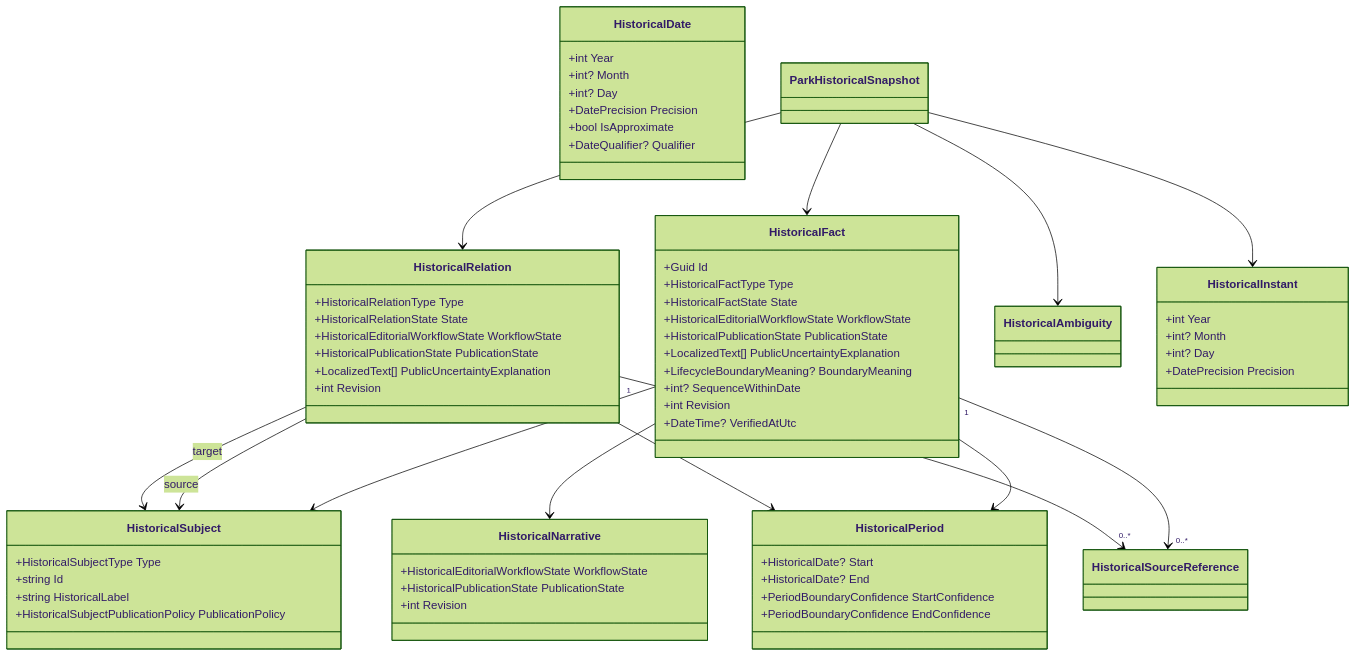
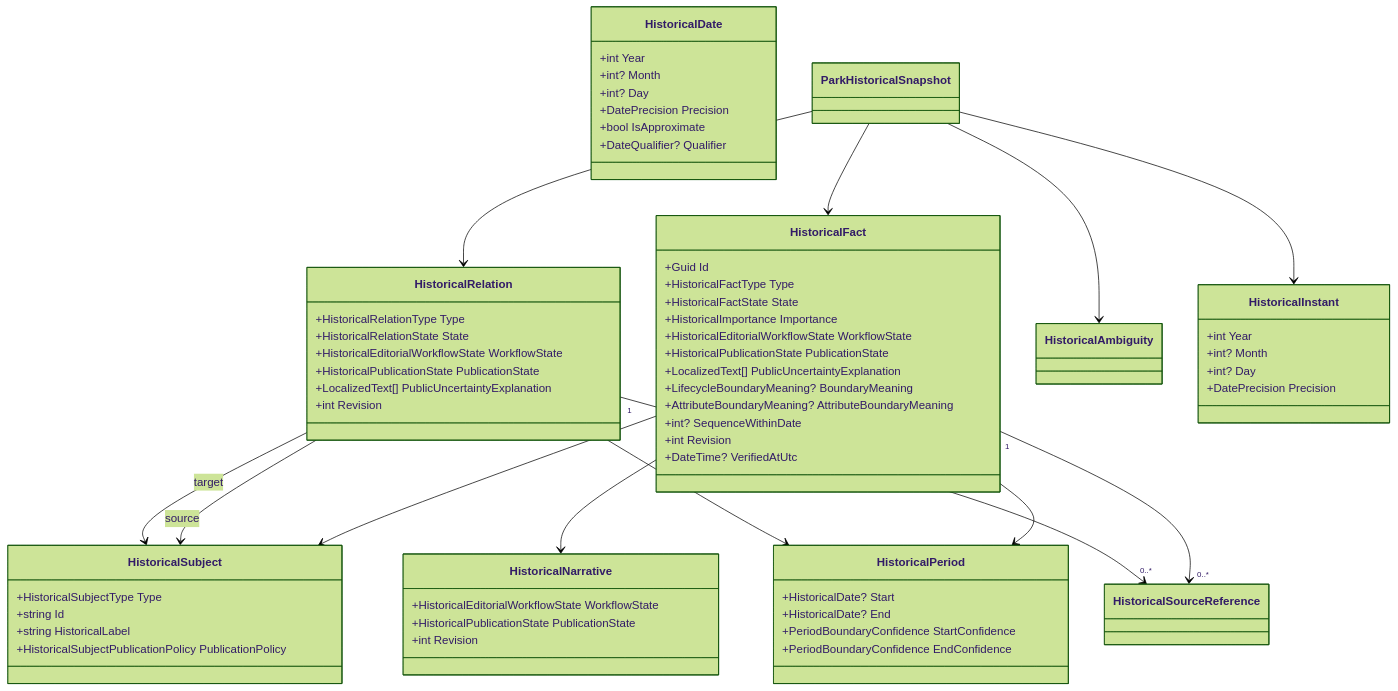
The second of 3 diagrams in docs/architecture/product-growth-hist-01-temporal-semantics-2026-09-25.md (Ced59/AmusementParkProject), drawn with Mermaid (forest theme) before and after one commit. The commit also changed other lines of this file, not shown here.

Commit message:
docs(history): preserve temporal identity and importance

````diff
--- a/docs/architecture/product-growth-hist-01-temporal-semantics-2026-09-25.md
+++ b/docs/architecture/product-growth-hist-01-temporal-semantics-2026-09-25.md
@@ -533,70 +576,72 @@
 ```mermaid
 classDiagram
     class HistoricalDate {
       +int Year
       +int? Month
       +int? Day
       +DatePrecision Precision
       +bool IsApproximate
       +DateQualifier? Qualifier
     }
     class HistoricalPeriod {
       +HistoricalDate? Start
       +HistoricalDate? End
       +PeriodBoundaryConfidence StartConfidence
       +PeriodBoundaryConfidence EndConfidence
     }
     class HistoricalSubject {
       +HistoricalSubjectType Type
       +string Id
       +string HistoricalLabel
       +HistoricalSubjectPublicationPolicy PublicationPolicy
     }
     class HistoricalFact {
       +Guid Id
       +HistoricalFactType Type
       +HistoricalFactState State
+      +HistoricalImportance Importance
       +HistoricalEditorialWorkflowState WorkflowState
       +HistoricalPublicationState PublicationState
       +LocalizedText[] PublicUncertaintyExplanation
       +LifecycleBoundaryMeaning? BoundaryMeaning
+      +AttributeBoundaryMeaning? AttributeBoundaryMeaning
       +int? SequenceWithinDate
       +int Revision
       +DateTime? VerifiedAtUtc
     }
     class HistoricalRelation {
       +HistoricalRelationType Type
       +HistoricalRelationState State
       +HistoricalEditorialWorkflowState WorkflowState
       +HistoricalPublicationState PublicationState
       +LocalizedText[] PublicUncertaintyExplanation
       +int Revision
     }
     class HistoricalSourceReference
     class HistoricalNarrative {
       +HistoricalEditorialWorkflowState WorkflowState
       +HistoricalPublicationState PublicationState
       +int Revision
     }
     class ParkHistoricalSnapshot
     class HistoricalAmbiguity
     class HistoricalInstant {
       +int Year
       +int? Month
       +int? Day
       +DatePrecision Precision
     }
 
     HistoricalFact --> HistoricalSubject
     HistoricalFact --> HistoricalPeriod
     HistoricalFact "1" --> "0..*" HistoricalSourceReference
     HistoricalFact --> HistoricalNarrative
     HistoricalRelation --> HistoricalSubject : source
     HistoricalRelation --> HistoricalSubject : target
     HistoricalRelation --> HistoricalPeriod
     HistoricalRelation "1" --> "0..*" HistoricalSourceReference
     ParkHistoricalSnapshot --> HistoricalFact
     ParkHistoricalSnapshot --> HistoricalRelation
     ParkHistoricalSnapshot --> HistoricalAmbiguity
     ParkHistoricalSnapshot --> HistoricalInstant
 ```
````
